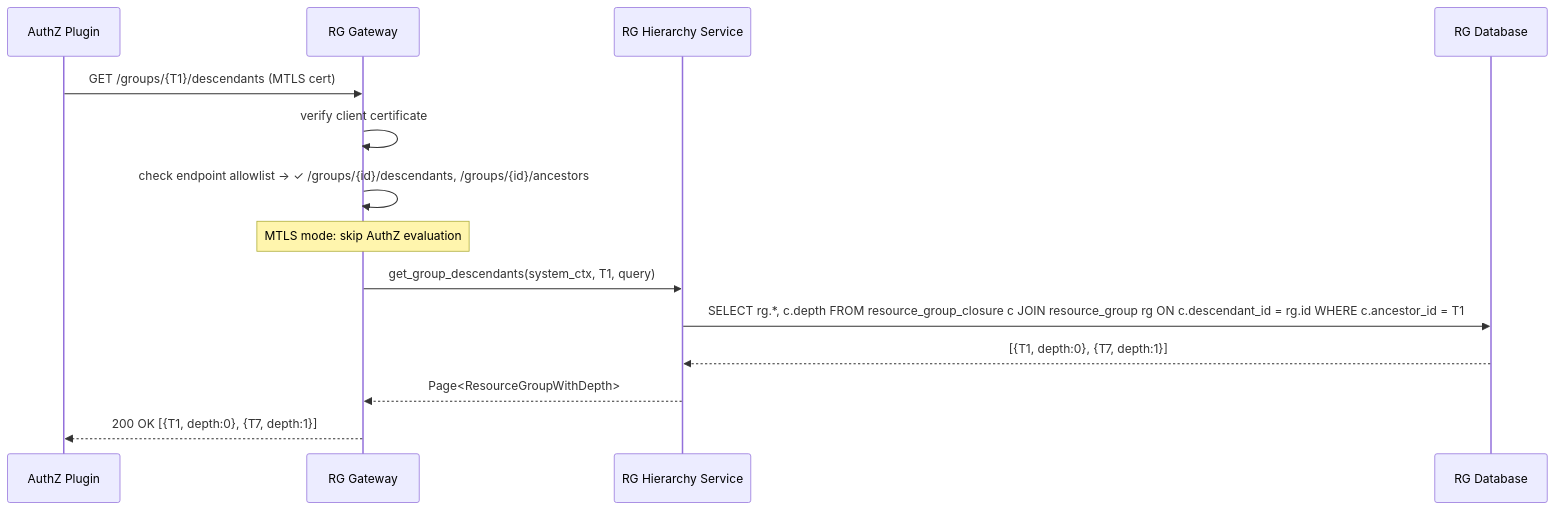
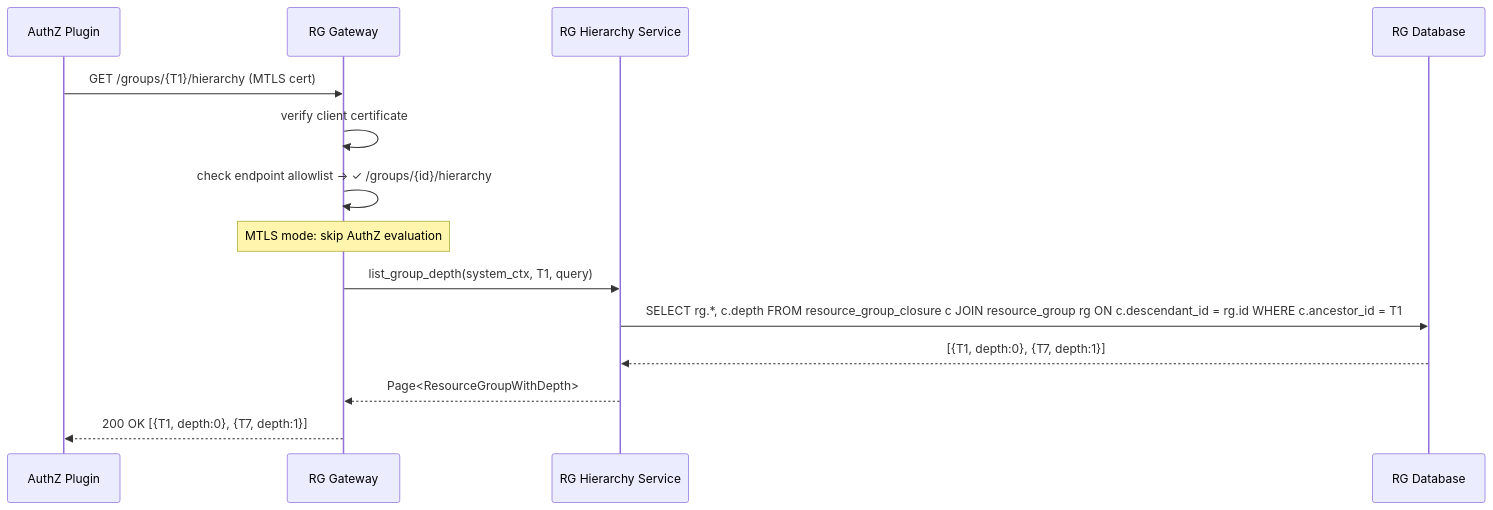
The seventh of 8 diagrams in modules/system/resource-group/docs/DESIGN.md (constructorfabric/gears-rust), drawn with Mermaid before and after one commit. The commit also changed other lines of this file and 36 other files, not shown here.

````diff
--- a/modules/system/resource-group/docs/DESIGN.md
+++ b/modules/system/resource-group/docs/DESIGN.md
@@ -955,19 +915,19 @@
 ```mermaid
 sequenceDiagram
     participant AZ as AuthZ Plugin
     participant RG_GW as RG Gateway
     participant RG_SVC as RG Hierarchy Service
     participant DB as RG Database
 
-    AZ->>RG_GW: GET /groups/{T1}/descendants (MTLS cert)
+    AZ->>RG_GW: GET /groups/{T1}/hierarchy (MTLS cert)
     RG_GW->>RG_GW: verify client certificate
-    RG_GW->>RG_GW: check endpoint allowlist → ✓ /groups/{id}/descendants, /groups/{id}/ancestors
+    RG_GW->>RG_GW: check endpoint allowlist → ✓ /groups/{id}/hierarchy
 
     Note over RG_GW: MTLS mode: skip AuthZ evaluation
 
-    RG_GW->>RG_SVC: get_group_descendants(system_ctx, T1, query)
+    RG_GW->>RG_SVC: list_group_depth(system_ctx, T1, query)
     RG_SVC->>DB: SELECT rg.*, c.depth FROM resource_group_closure c JOIN resource_group rg ON c.descendant_id = rg.id WHERE c.ancestor_id = T1
     DB-->>RG_SVC: [{T1, depth:0}, {T7, depth:1}]
     RG_SVC-->>RG_GW: Page<ResourceGroupWithDepth>
     RG_GW-->>AZ: 200 OK [{T1, depth:0}, {T7, depth:1}]
 ```
````
